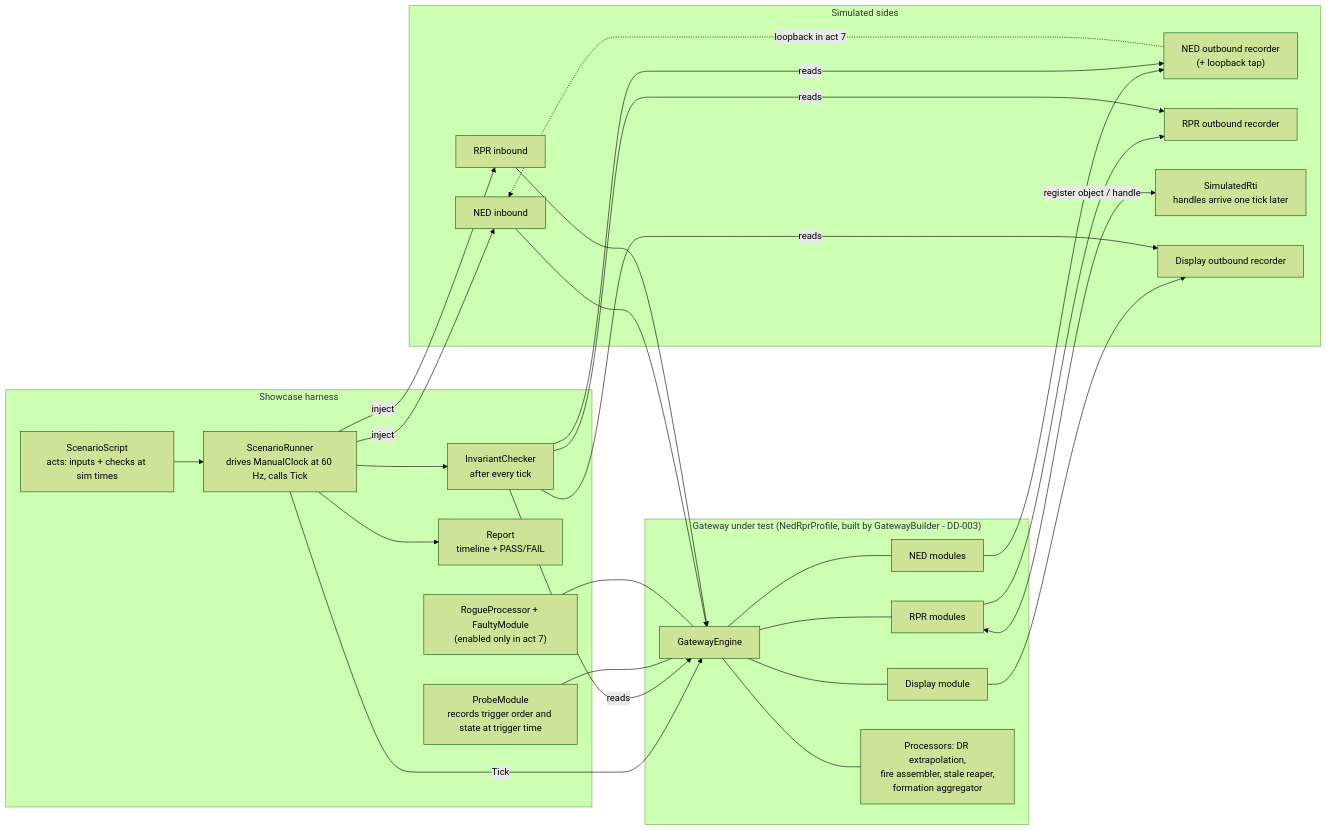
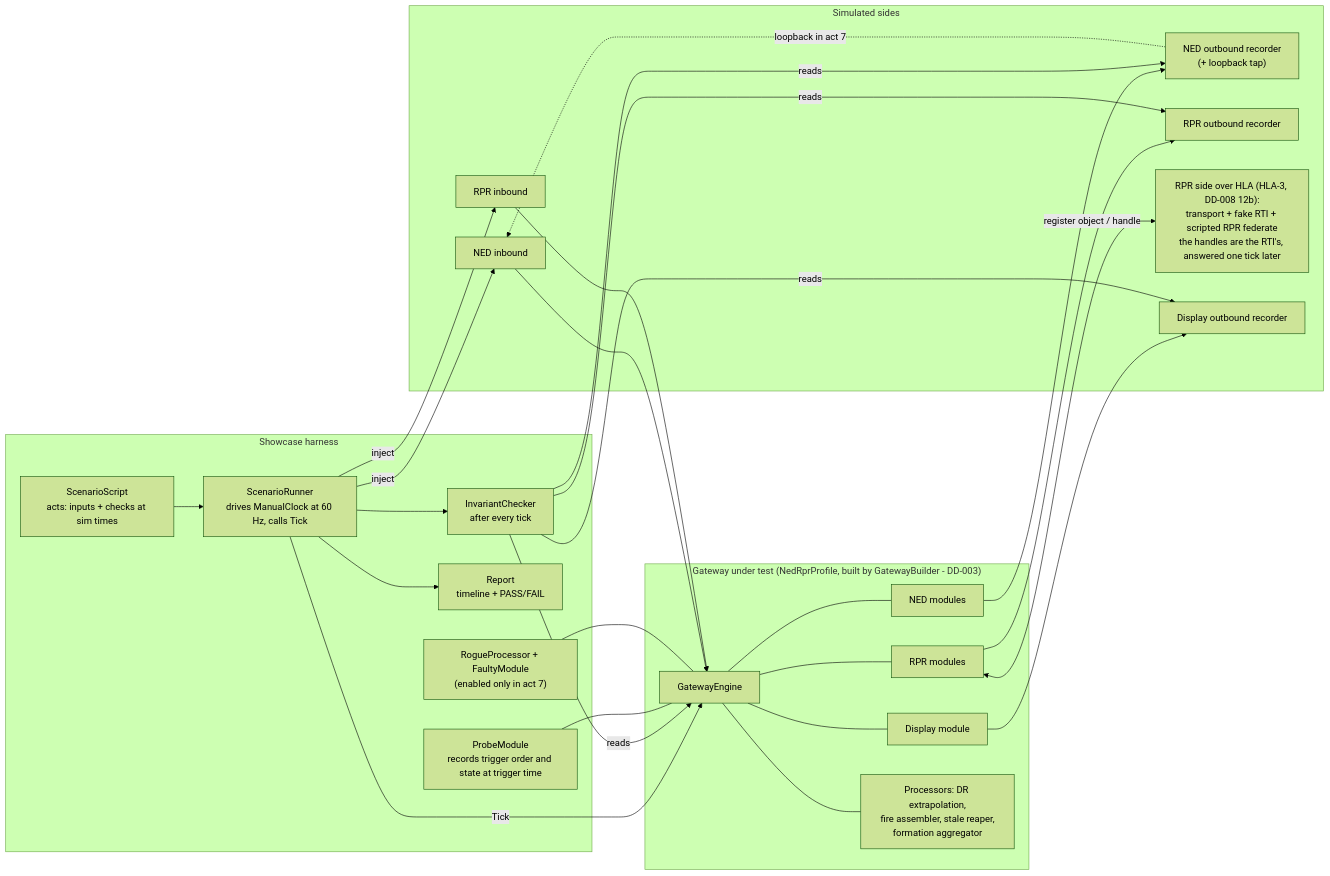
Before and after one commit to pjanec/SimNetGateway: the first of 5 diagrams in docs/design/DD-002-Showcase-Scenario.md, drawn with Mermaid (forest theme). The commit also changed other lines of this file and 51 other files, not shown here.

````diff
--- a/docs/design/DD-002-Showcase-Scenario.md
+++ b/docs/design/DD-002-Showcase-Scenario.md
@@ -51,44 +51,44 @@
 ```mermaid
 flowchart LR
     subgraph Harness["Showcase harness"]
         Script["ScenarioScript<br/>acts: inputs + checks at sim times"]
         Runner["ScenarioRunner<br/>drives ManualClock at 60 Hz, calls Tick"]
         Inv["InvariantChecker<br/>after every tick"]
         Rep["Report<br/>timeline + PASS/FAIL"]
         Probe["ProbeModule<br/>records trigger order and state at trigger time"]
         Rogue["RogueProcessor + FaultyModule<br/>(enabled only in act 7)"]
     end
     subgraph GW["Gateway under test (NedRprProfile, built by GatewayBuilder - DD-003)"]
         Eng["GatewayEngine"]
         BM["NED modules"]
         RM["RPR modules"]
         DM["Display module"]
         PM["Processors: DR extrapolation,<br/>fire assembler, stale reaper,<br/>formation aggregator"]
     end
     subgraph Sides["Simulated sides"]
         BIn["NED inbound"]
         BOut["NED outbound recorder<br/>(+ loopback tap)"]
         RIn["RPR inbound"]
         ROut["RPR outbound recorder"]
-        RTI["SimulatedRti<br/>handles arrive one tick later"]
+        RTI["RPR side over HLA (HLA-3, DD-008 12b):<br/>transport + fake RTI + scripted RPR federate<br/>the handles are the RTI's, answered one tick later"]
         DOut["Display outbound recorder"]
     end
     Script --> Runner
     Runner -->|inject| BIn
     Runner -->|inject| RIn
     Runner -->|Tick| Eng
     BIn --> Eng
     RIn --> Eng
     Eng --- BM & RM & DM & PM
     BM --> BOut
     RM --> ROut
     RM <-->|register object / handle| RTI
     DM --> DOut
     BOut -.->|loopback in act 7| BIn
     Runner --> Inv
     Inv -->|reads| Eng
     Inv -->|reads| BOut & ROut & DOut
     Probe --- Eng
     Rogue --- Eng
     Runner --> Rep
 ```
````
